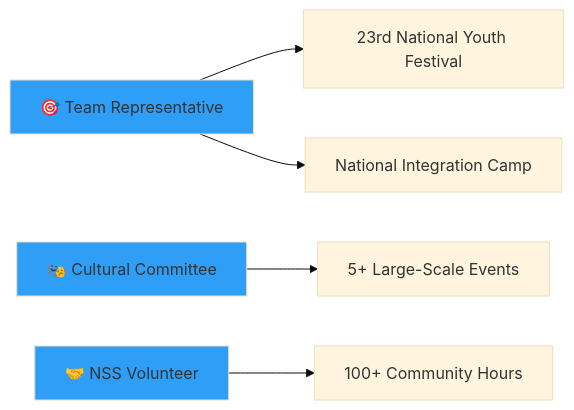
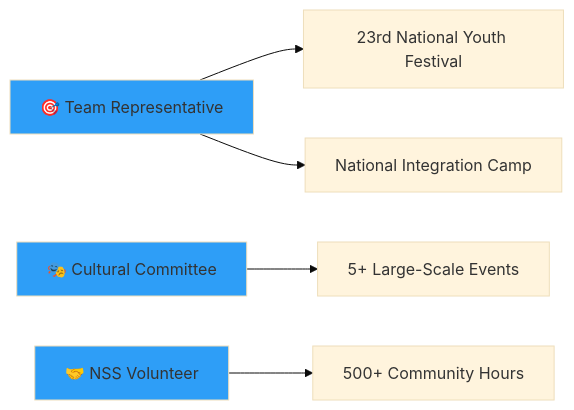
The first of 2 diagrams in README.md (satwik-shreshth/satwik-shreshth), drawn with Mermaid (base theme) before and after one commit. The commit also changed other lines of this file, not shown here.

````diff
--- a/README.md
+++ b/README.md
@@ -280,10 +213,10 @@
 ```mermaid
 graph LR
     A[🎯 Team Representative] --> B[23rd National Youth Festival]
     A --> C[National Integration Camp]
     D[🎭 Cultural Committee] --> E[5+ Large-Scale Events]
-    F[🤝 NSS Volunteer] --> G[100+ Community Hours]
+    F[🤝 NSS Volunteer] --> G[500+ Community Hours]
     style A fill:#2E9EF7
     style D fill:#2E9EF7
     style F fill:#2E9EF7
 ```
````
